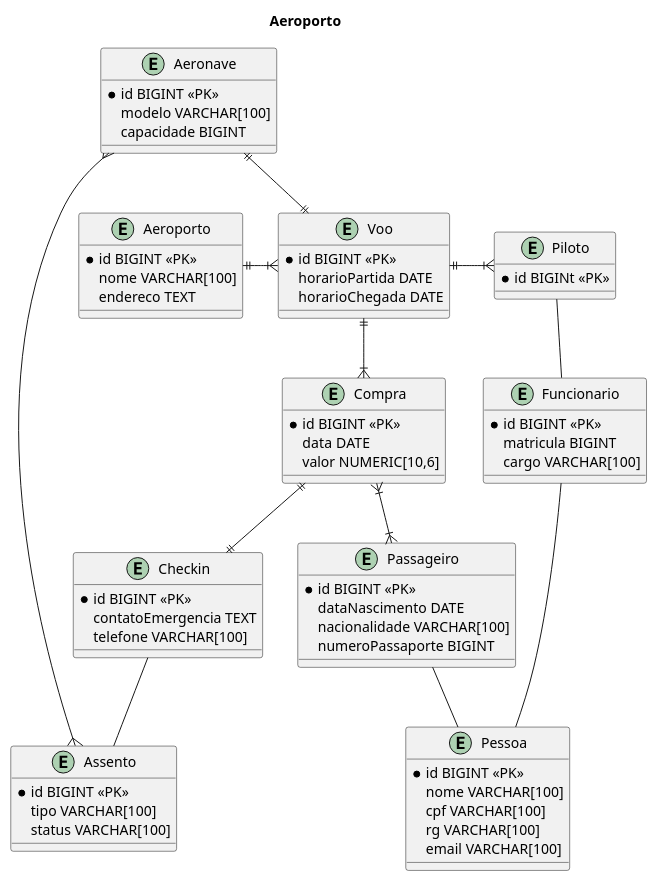
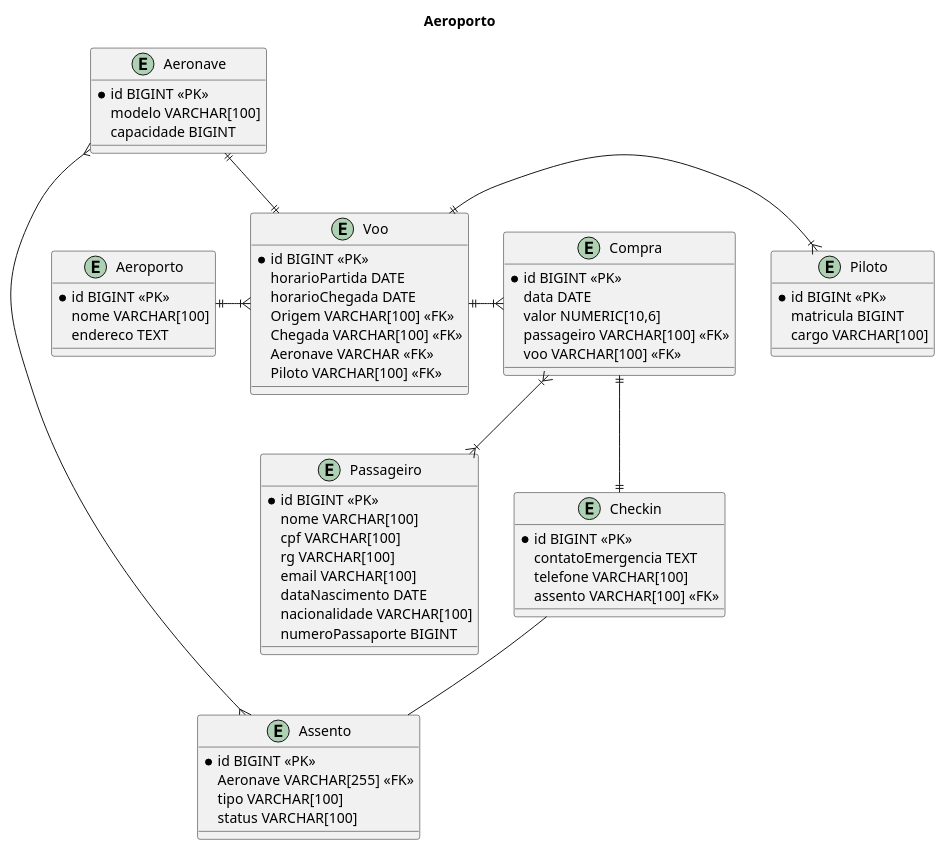
The diagram in Modelagem/aeroporto.wsd (galaticghost/guieq.klarrind), drawn with PlantUML before and after one commit. The commit also changed 3 other files, not shown here.

```diff
--- a/Modelagem/aeroporto.wsd
+++ b/Modelagem/aeroporto.wsd
@@ -1,80 +1,75 @@
 @startuml Aeroporto
 
 title Aeroporto
 
 entity Aeroporto{
     *id BIGINT <<PK>>
     nome VARCHAR[100]
     endereco TEXT
 }
 
 entity Aeronave{
     *id BIGINT <<PK>>
     modelo VARCHAR[100]
     capacidade BIGINT
 }
 
 entity Voo{
     *id BIGINT <<PK>>
     horarioPartida DATE
     horarioChegada DATE
-    
+    Origem VARCHAR[100] <<FK>>
+    Chegada VARCHAR[100] <<FK>>
+    Aeronave VARCHAR <<FK>>
+    Piloto VARCHAR[100] <<FK>>
 }
 
 entity Compra{
     *id BIGINT <<PK>>
     data DATE
     valor NUMERIC[10,6]
-
+    passageiro VARCHAR[100] <<FK>>
+    voo VARCHAR[100] <<FK>>
 }
 
 entity Passageiro{
     *id BIGINT <<PK>>
+    nome VARCHAR[100]
+    cpf VARCHAR[100]
+    rg VARCHAR[100]
+    email VARCHAR[100]
     dataNascimento DATE
     nacionalidade VARCHAR[100]
     numeroPassaporte BIGINT
 }
 
 entity Checkin{
     *id BIGINT <<PK>>
     contatoEmergencia TEXT
     telefone VARCHAR[100]
+    assento VARCHAR[100] <<FK>> 
 }
 
 entity Assento{
     *id BIGINT <<PK>>
+    Aeronave VARCHAR[255] <<FK>>
     tipo VARCHAR[100]
     status VARCHAR[100]
 }
 
 entity Piloto{
     *id BIGINt <<PK>>
-}
-
-entity Funcionario{
-    *id BIGINT <<PK>>
     matricula BIGINT
     cargo VARCHAR[100]
-}
-
-entity Pessoa{
-    *id BIGINT <<PK>>
-    nome VARCHAR[100]
-    cpf VARCHAR[100]
-    rg VARCHAR[100]
-    email VARCHAR[100]
 }
 
 Voo ||-up-|| Aeronave
 Voo }|-left-|| Aeroporto
 Voo ||-right-|{ Piloto
-Voo ||--|{ Compra
+Voo ||-right-|{ Compra
 Compra }|--|{ Passageiro
 Compra ||--|| Checkin
 Checkin -- Assento
 Assento }-left-{ Aeronave
-Piloto -- Funcionario
-Funcionario -- Pessoa
-Passageiro -- Pessoa
 
 @enduml
```
